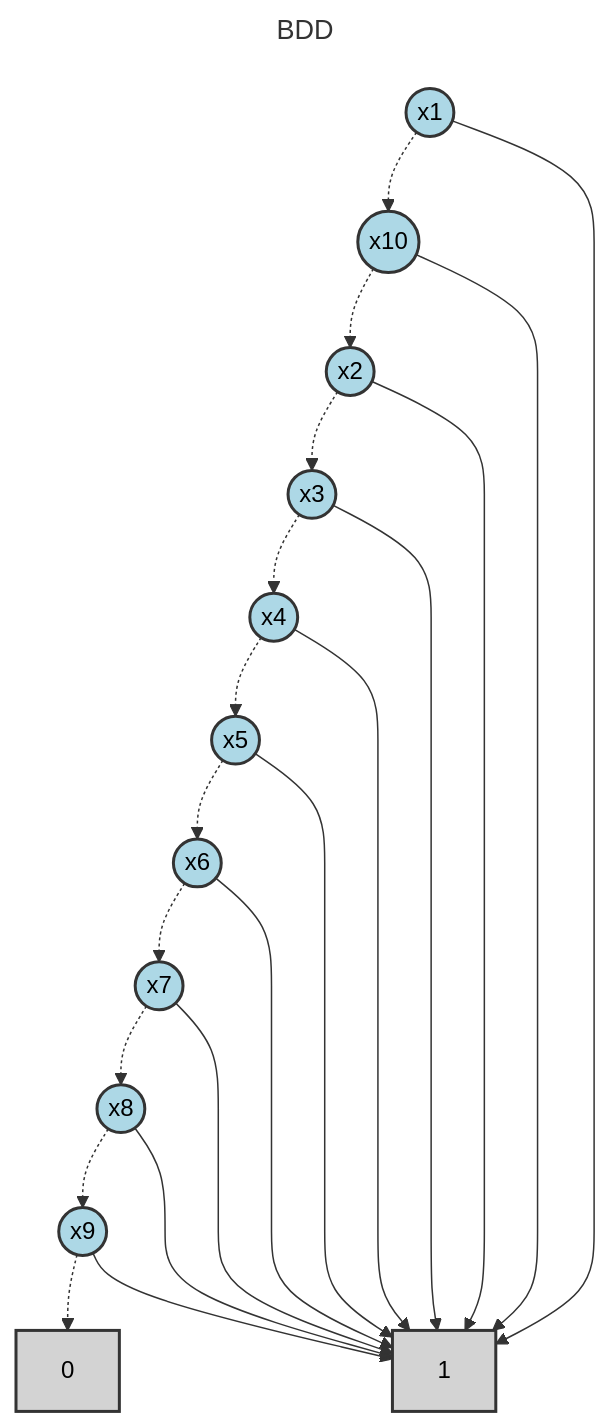
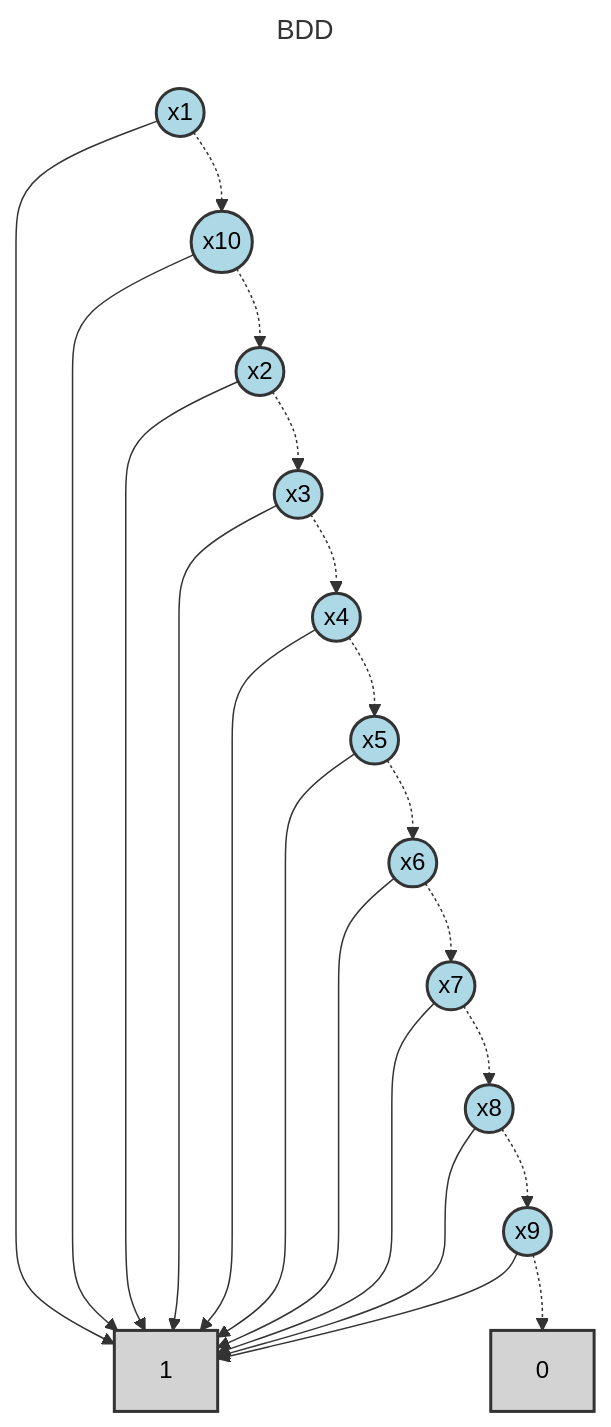
One commit to Alan-Jowett/bdd_test changed the second of 2 diagrams in test_expressions/reference_output/many_variables_analysis.md. Above: the diagram before and after it, drawn with Mermaid. The commit also changed other lines of this file and 150 other files, not shown here.

First line of the commit message:
More dag graph cleanup (#65)

````diff
--- a/test_expressions/reference_output/many_variables_analysis.md
+++ b/test_expressions/reference_output/many_variables_analysis.md
@@ -88,55 +88,55 @@
 ```mermaid
 ---
 title: BDD
 ---
 flowchart TD
     N0["0"]
+    N10(("x10"))
+    N11(("x1"))
     N1["1"]
     N2(("x9"))
     N3(("x8"))
     N4(("x7"))
     N5(("x6"))
     N6(("x5"))
     N7(("x4"))
     N8(("x3"))
     N9(("x2"))
-    N10(("x10"))
-    N11(("x1"))
 
+    N10 --> N1
+    N10 -.-> N9
+    N11 --> N1
+    N11 -.-> N10
+    N2 --> N1
     N2 -.-> N0
-    N2 --> N1
+    N3 --> N1
     N3 -.-> N2
-    N3 --> N1
+    N4 --> N1
     N4 -.-> N3
-    N4 --> N1
+    N5 --> N1
     N5 -.-> N4
-    N5 --> N1
+    N6 --> N1
     N6 -.-> N5
-    N6 --> N1
+    N7 --> N1
     N7 -.-> N6
-    N7 --> N1
+    N8 --> N1
     N8 -.-> N7
-    N8 --> N1
+    N9 --> N1
     N9 -.-> N8
-    N9 --> N1
-    N10 -.-> N9
-    N10 --> N1
-    N11 -.-> N10
-    N11 --> N1
 
     class N0 terminal
     class N1 terminal
     class N2 bddVariable
     class N3 bddVariable
     class N4 bddVariable
     class N5 bddVariable
     class N6 bddVariable
     class N7 bddVariable
     class N8 bddVariable
     class N9 bddVariable
     class N10 bddVariable
     class N11 bddVariable
 
     classDef bddVariable fill:lightblue,stroke:#333,stroke-width:2px,color:#000
     classDef terminal fill:lightgray,stroke:#333,stroke-width:2px,color:#000
 ```
````
